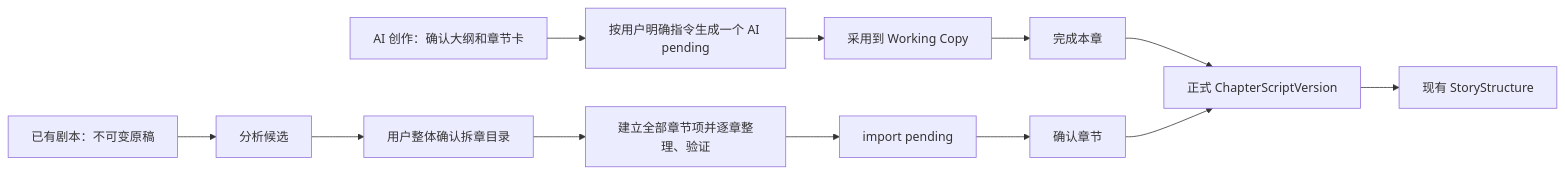
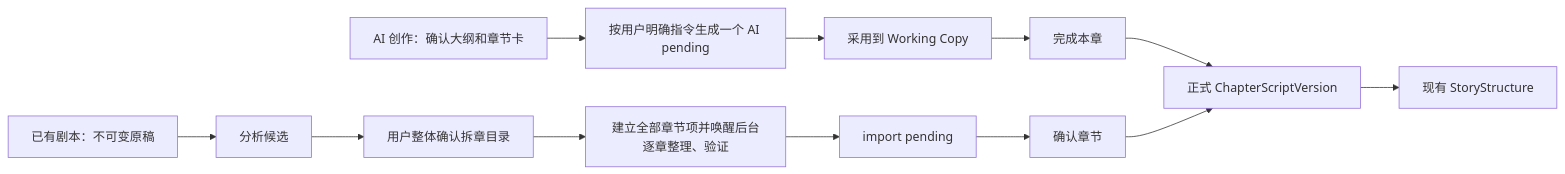
The diagram in 文档/02_架构与契约/2026-07-16_双流程来源与状态契约.md (569701501/AIRoaming), drawn with Mermaid before and after one commit. The commit also changed other lines of this file and 39 other files, not shown here.

````diff
--- a/文档/02_架构与契约/2026-07-16_双流程来源与状态契约.md
+++ b/文档/02_架构与契约/2026-07-16_双流程来源与状态契约.md
@@ -48,16 +50,16 @@
 ```mermaid
 flowchart LR
   A["AI 创作：确认大纲和章节卡"] --> B["按用户明确指令生成一个 AI pending"]
   B --> C["采用到 Working Copy"]
   C --> D["完成本章"]
   D --> E["正式 ChapterScriptVersion"]
 
   F["已有剧本：不可变原稿"] --> G["分析候选"]
   G --> H["用户整体确认拆章目录"]
-  H --> I["建立全部章节项并逐章整理、验证"]
+  H --> I["建立全部章节项并唤醒后台逐章整理、验证"]
   I --> J["import pending"]
   J --> K["确认章节"]
   K --> E
 
   E --> L["现有 StoryStructure"]
 ```
````
